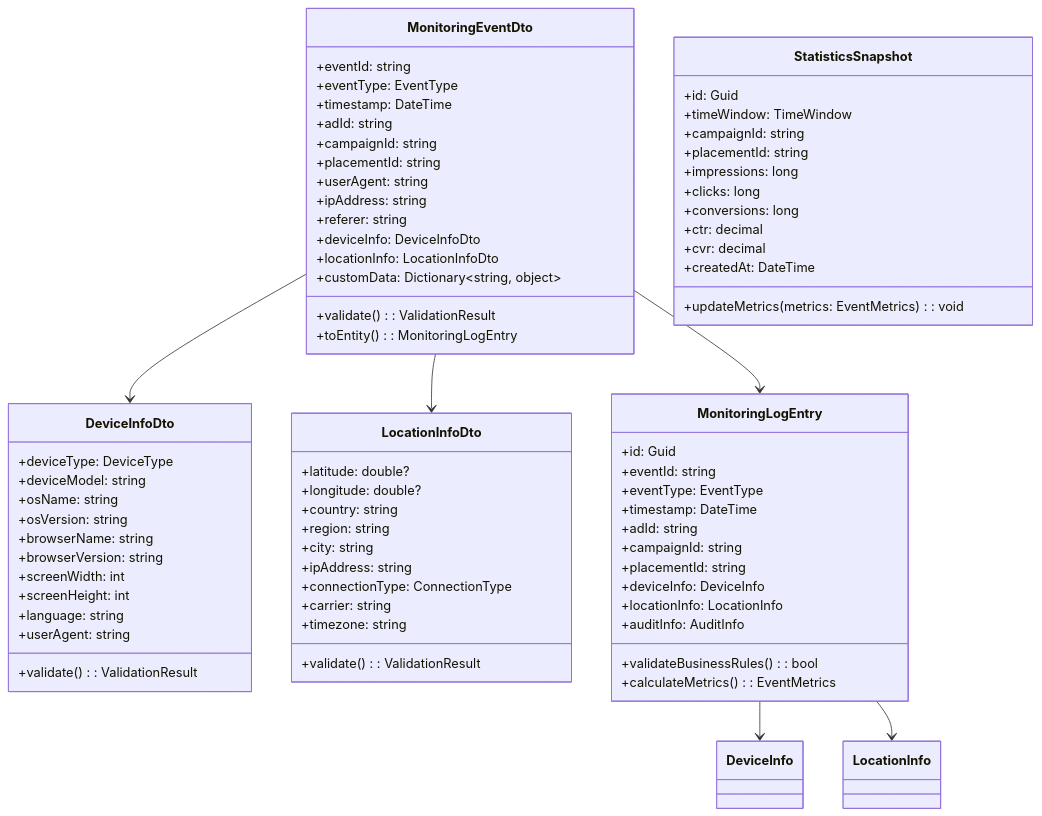
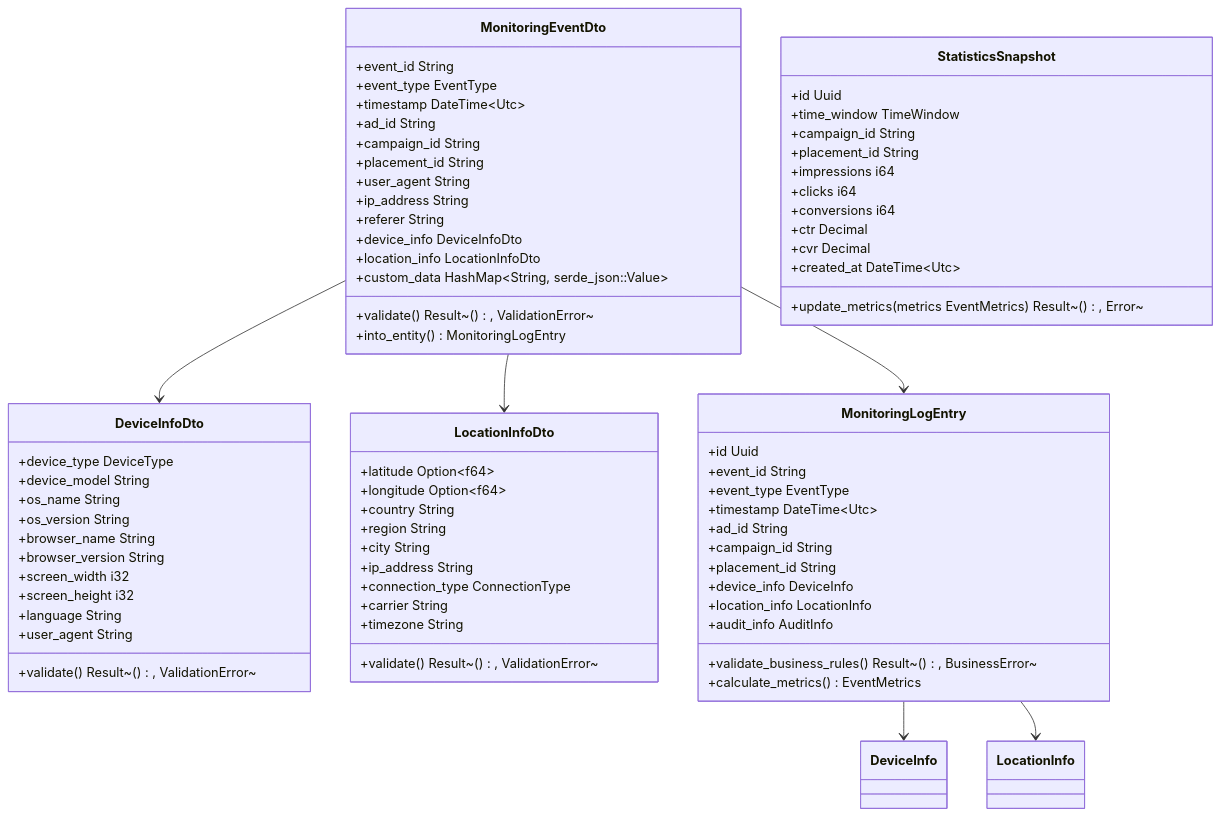
Before and after one commit to lornshrimp/Lorn.ADSP.Rust: the second of 10 diagrams in docs_TecDesign/广告投放引擎/广告效果监测服务设计/广告效果监测服务数据结构设计.md, drawn with Mermaid. The commit also changed other lines of this file and 8 other files, not shown here.

````diff
--- a/docs_TecDesign/广告投放引擎/广告效果监测服务设计/广告效果监测服务数据结构设计.md
+++ b/docs_TecDesign/广告投放引擎/广告效果监测服务设计/广告效果监测服务数据结构设计.md
@@ -48,81 +55,81 @@
 ```mermaid
 classDiagram
     class MonitoringEventDto {
-        +eventId: string
-        +eventType: EventType
-        +timestamp: DateTime
-        +adId: string
-        +campaignId: string
-        +placementId: string
-        +userAgent: string
-        +ipAddress: string
-        +referer: string
-        +deviceInfo: DeviceInfoDto
-        +locationInfo: LocationInfoDto
-        +customData: Dictionary~string, object~
-        +validate(): ValidationResult
-        +toEntity(): MonitoringLogEntry
+        +event_id String
+        +event_type EventType
+        +timestamp DateTime~Utc~
+        +ad_id String
+        +campaign_id String
+        +placement_id String
+        +user_agent String
+        +ip_address String
+        +referer String
+        +device_info DeviceInfoDto
+        +location_info LocationInfoDto
+        +custom_data HashMap~String, serde_json::Value~
+        +validate() Result~(), ValidationError~
+        +into_entity() MonitoringLogEntry
     }
     
     class DeviceInfoDto {
-        +deviceType: DeviceType
-        +deviceModel: string
-        +osName: string
-        +osVersion: string
-        +browserName: string
-        +browserVersion: string
-        +screenWidth: int
-        +screenHeight: int
-        +language: string
-        +userAgent: string
-        +validate(): ValidationResult
+        +device_type DeviceType
+        +device_model String
+        +os_name String
+        +os_version String
+        +browser_name String
+        +browser_version String
+        +screen_width i32
+        +screen_height i32
+        +language String
+        +user_agent String
+        +validate() Result~(), ValidationError~
     }
     
     class LocationInfoDto {
-        +latitude: double?
-        +longitude: double?
-        +country: string
-        +region: string
-        +city: string
-        +ipAddress: string
-        +connectionType: ConnectionType
-        +carrier: string
-        +timezone: string
-        +validate(): ValidationResult
+        +latitude Option~f64~
+        +longitude Option~f64~
+        +country String
+        +region String
+        +city String
+        +ip_address String
+        +connection_type ConnectionType
+        +carrier String
+        +timezone String
+        +validate() Result~(), ValidationError~
     }
     
     class MonitoringLogEntry {
-        +id: Guid
-        +eventId: string
-        +eventType: EventType
-        +timestamp: DateTime
-        +adId: string
-        +campaignId: string
-        +placementId: string
-        +deviceInfo: DeviceInfo
-        +locationInfo: LocationInfo
-        +auditInfo: AuditInfo
-        +validateBusinessRules(): bool
-        +calculateMetrics(): EventMetrics
+        +id Uuid
+        +event_id String
+        +event_type EventType
+        +timestamp DateTime~Utc~
+        +ad_id String
+        +campaign_id String
+        +placement_id String
+        +device_info DeviceInfo
+        +location_info LocationInfo
+        +audit_info AuditInfo
+        +validate_business_rules() Result~(), BusinessError~
+        +calculate_metrics() EventMetrics
     }
     
     class StatisticsSnapshot {
-        +id: Guid
-        +timeWindow: TimeWindow
-        +campaignId: string
-        +placementId: string
-        +impressions: long
-        +clicks: long
-        +conversions: long
-        +ctr: decimal
-        +cvr: decimal
-        +createdAt: DateTime
-        +updateMetrics(metrics: EventMetrics): void
+        +id Uuid
+        +time_window TimeWindow
+        +campaign_id String
+        +placement_id String
+        +impressions i64
+        +clicks i64
+        +conversions i64
+        +ctr Decimal
+        +cvr Decimal
+        +created_at DateTime~Utc~
+        +update_metrics(metrics EventMetrics) Result~(), Error~
     }
     
     MonitoringEventDto --> DeviceInfoDto
     MonitoringEventDto --> LocationInfoDto
     MonitoringEventDto --> MonitoringLogEntry
     MonitoringLogEntry --> DeviceInfo
     MonitoringLogEntry --> LocationInfo
 ```
````
